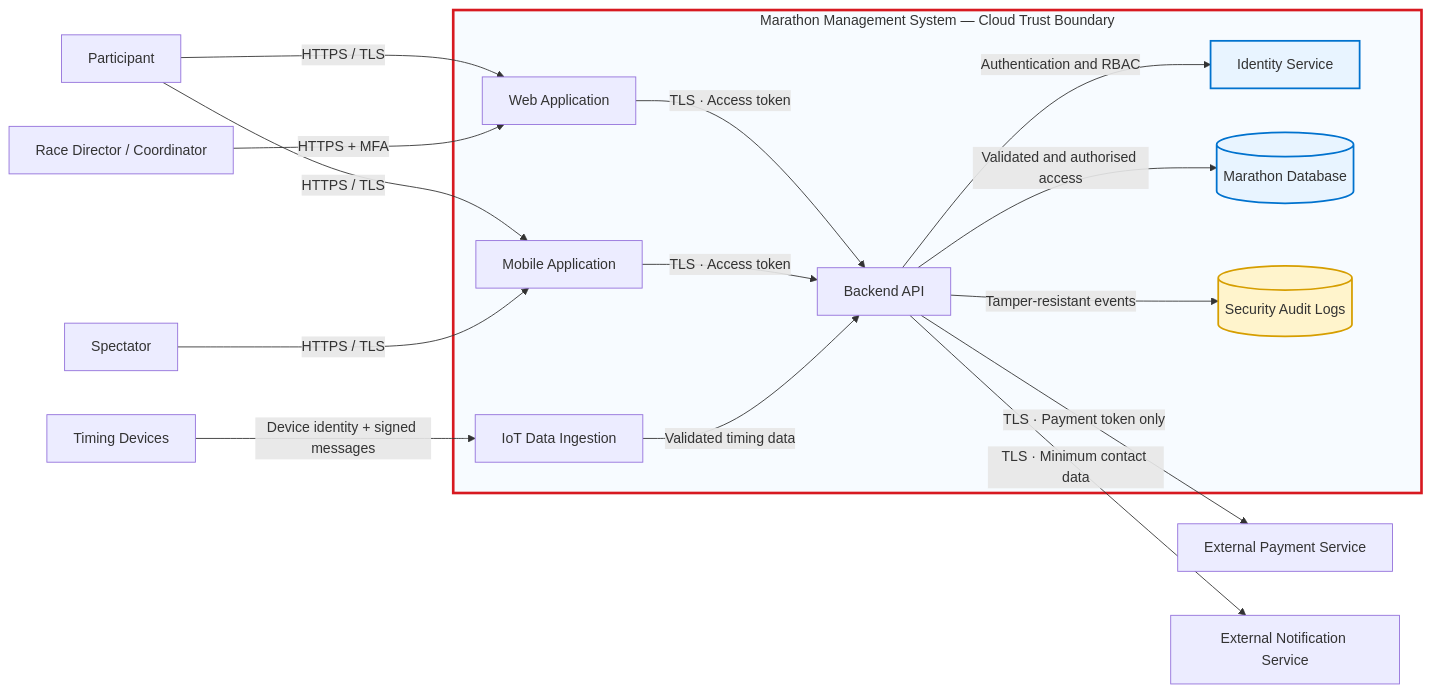
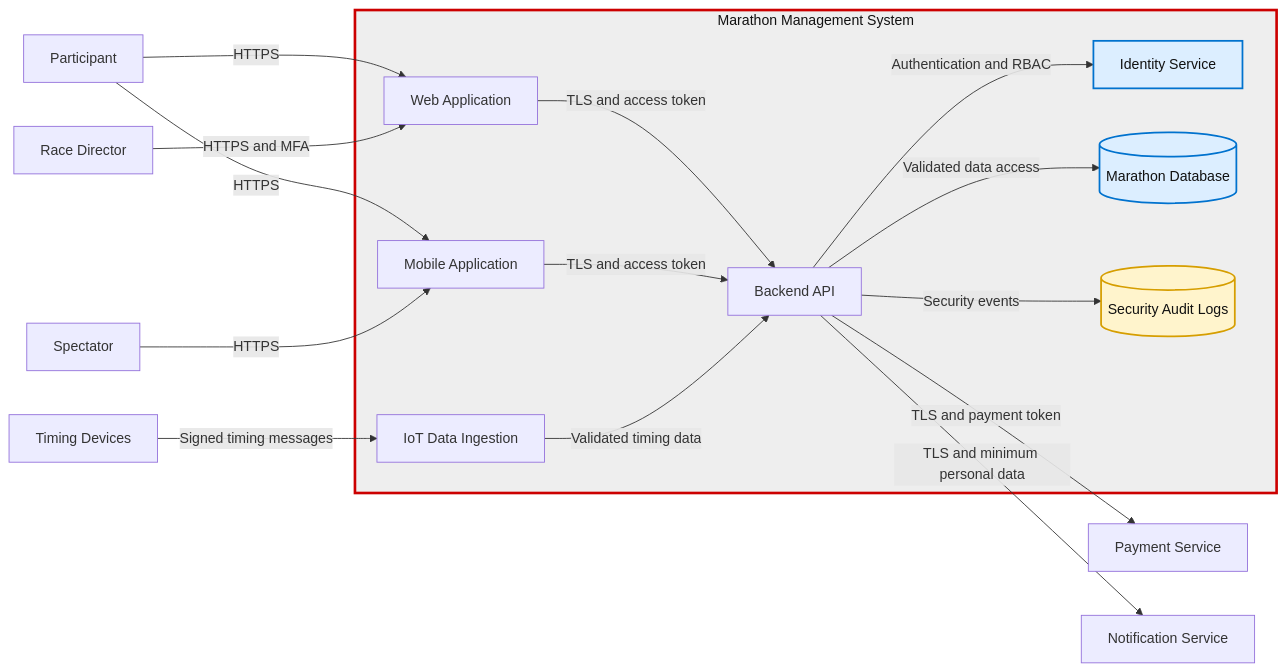
Before and after one commit to Georges034302/Templates: the third of 4 diagrams in sample-mermaid.md, drawn with Mermaid. The commit also changed other lines of this file, not shown here.

````diff
--- a/sample-mermaid.md
+++ b/sample-mermaid.md
@@ -197,43 +197,42 @@
 ```mermaid
 flowchart LR
     Participant[Participant]
     Spectator[Spectator]
-    Admin[Race Director / Coordinator]
+    Admin[Race Director]
+    Payment[Payment Service]
+    Notification[Notification Service]
+    Devices[Timing Devices]
 
-    subgraph MMS["Marathon Management System — Cloud Trust Boundary"]
+    subgraph MMS[Marathon Management System]
         Web[Web Application]
         Mobile[Mobile Application]
         API[Backend API]
         Identity[Identity Service]
         IoT[IoT Data Ingestion]
-        DB[(Marathon Database)]
-        Audit[(Security Audit Logs)]
+        Database[(Marathon Database)]
+        Logs[(Security Audit Logs)]
     end
 
-    Payment[External Payment Service]
-    Notify[External Notification Service]
-    Devices[Timing Devices]
+    Participant -->|HTTPS| Web
+    Participant -->|HTTPS| Mobile
+    Spectator -->|HTTPS| Mobile
+    Admin -->|HTTPS and MFA| Web
 
-    Participant -->|HTTPS / TLS| Web
-    Participant -->|HTTPS / TLS| Mobile
-    Spectator -->|HTTPS / TLS| Mobile
-    Admin -->|HTTPS + MFA| Web
-
-    Web -->|TLS · Access token| API
-    Mobile -->|TLS · Access token| API
+    Web -->|TLS and access token| API
+    Mobile -->|TLS and access token| API
 
     API -->|Authentication and RBAC| Identity
-    API -->|Validated and authorised access| DB
-    API -->|Tamper-resistant events| Audit
+    API -->|Validated data access| Database
+    API -->|Security events| Logs
 
-    API -->|TLS · Payment token only| Payment
-    API -->|TLS · Minimum contact data| Notify
+    API -->|TLS and payment token| Payment
+    API -->|TLS and minimum personal data| Notification
 
-    Devices -->|Device identity + signed messages| IoT
+    Devices -->|Signed timing messages| IoT
     IoT -->|Validated timing data| API
 
-    style MMS fill:#f7fbff,stroke:#d71920,stroke-width:3px
-    style DB fill:#e8f4ff,stroke:#0072ce,stroke-width:2px
-    style Audit fill:#fff4cc,stroke:#d69e00,stroke-width:2px
-    style Identity fill:#e8f4ff,stroke:#0072ce,stroke-width:2px
+    style MMS fill:#eeeeee,stroke:#cc0000,stroke-width:3px,color:#111111
+    style Database fill:#dceeff,stroke:#0072ce,stroke-width:2px,color:#111111
+    style Logs fill:#fff4cc,stroke:#d69e00,stroke-width:2px,color:#111111
+    style Identity fill:#dceeff,stroke:#0072ce,stroke-width:2px,color:#111111
 ```
````
